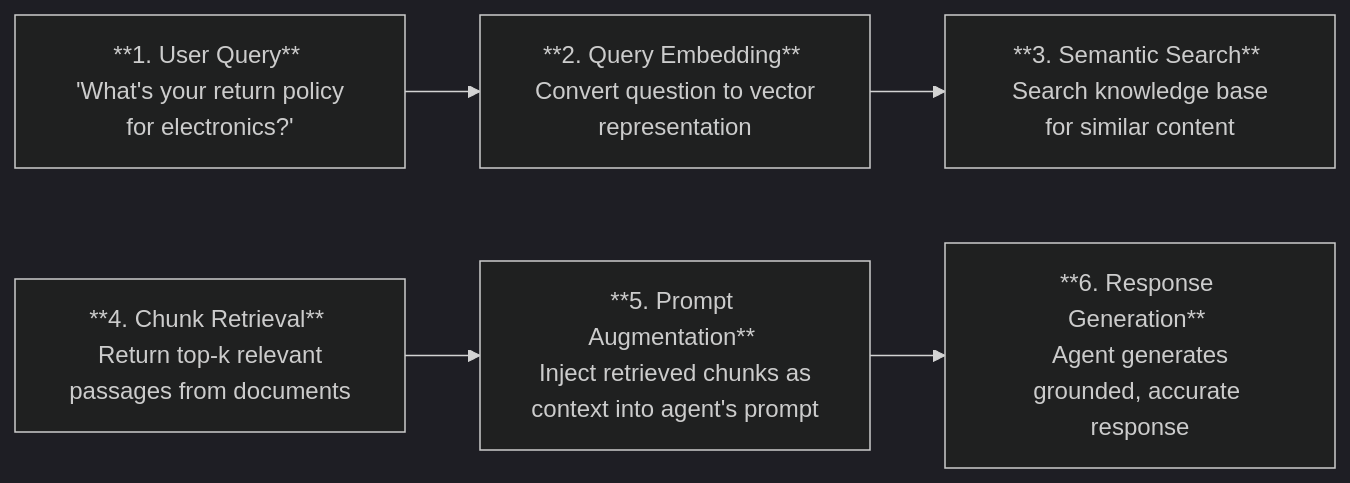
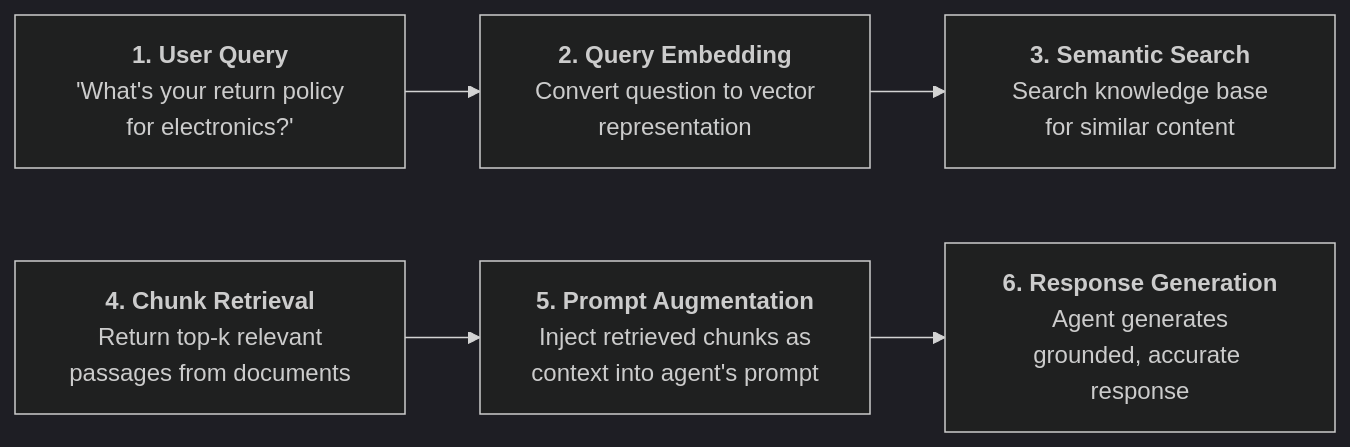
One commit to Koredotcom/docs-v2 changed the first of 2 diagrams in agent-platform/v1/knowledge.mdx. Above: the diagram before and after it, drawn with Mermaid (dark theme). The commit also changed 2 other files, not shown here.

Commit message:
Minor edits

````diff
--- a/agent-platform/v1/knowledge.mdx
+++ b/agent-platform/v1/knowledge.mdx
@@ -23,12 +23,12 @@
 ```mermaid actions={false}
 flowchart LR
-    A["**1. User Query** <br /> 'What's your return policy for electronics?'"]
-    B["**2. Query Embedding** <br /> Convert question to vector representation"]
-    C["**3. Semantic Search** <br /> Search knowledge base for similar content"] 
-    D["**4. Chunk Retrieval** <br /> Return top-k relevant passages from documents"]
-    E["**5. Prompt Augmentation** <br /> Inject retrieved chunks as context into agent's prompt"]
-    F["**6. Response Generation** <br /> Agent generates grounded, accurate response"]
+    A["<b>1. User Query</b><br /> 'What's your return policy for electronics?'"]
+    B["<b>2. Query Embedding</b><br /> Convert question to vector representation"]
+    C["<b>3. Semantic Search</b><br /> Search knowledge base for similar content"] 
+    D["<b>4. Chunk Retrieval</b><br /> Return top-k relevant passages from documents"]
+    E["<b>5. Prompt Augmentation</b><br /> Inject retrieved chunks as context into agent's prompt"]
+    F["<b>6. Response Generation</b><br /> Agent generates grounded, accurate response"]
 
     A --> B --> C
     D --> E --> F
 ```
````
